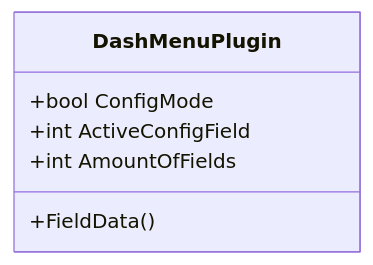
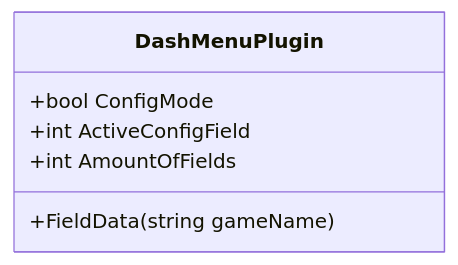
Before and after one commit to SCarlsen7757/SimhubDashMenuPlugin: the second of 2 diagrams in README.md, drawn with Mermaid.

Commit message:
Updated class structure according to new abstract class and interface

````diff
--- a/README.md
+++ b/README.md
@@ -144,9 +144,9 @@
 ```mermaid
 classDiagram
     class DashMenuPlugin{
       +bool ConfigMode
       +int ActiveConfigField
       +int AmountOfFields
-      +FieldData()
+      +FieldData(string gameName)
     }
 ```
````
